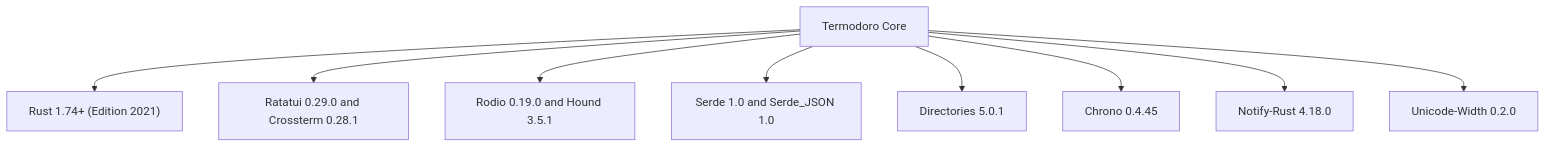
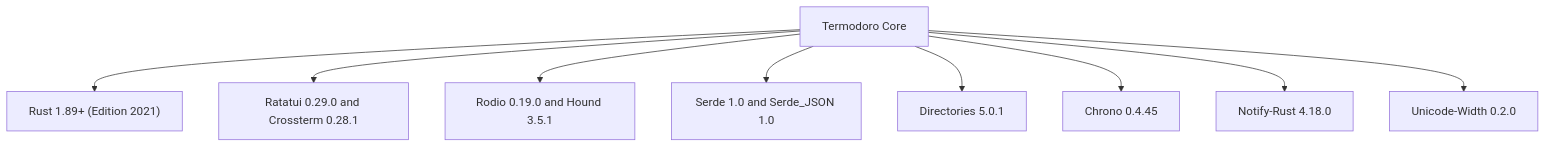
One commit to amanalip/Termodoro changed the first of 4 diagrams in System_design.md. Above: the diagram before and after it, drawn with Mermaid. The commit also changed other lines of this file and 13 other files, not shown here.

````diff
--- a/System_design.md
+++ b/System_design.md
@@ -57,11 +57,11 @@
 ```mermaid
 graph TD
-    A["Termodoro Core"] --> B["Rust 1.74+ (Edition 2021)"]
+    A["Termodoro Core"] --> B["Rust 1.89+ (Edition 2021)"]
     A --> C["Ratatui 0.29.0 and Crossterm 0.28.1"]
     A --> D["Rodio 0.19.0 and Hound 3.5.1"]
     A --> E["Serde 1.0 and Serde_JSON 1.0"]
     A --> F["Directories 5.0.1"]
     A --> G["Chrono 0.4.45"]
     A --> H["Notify-Rust 4.18.0"]
     A --> I["Unicode-Width 0.2.0"]
 ```
````
